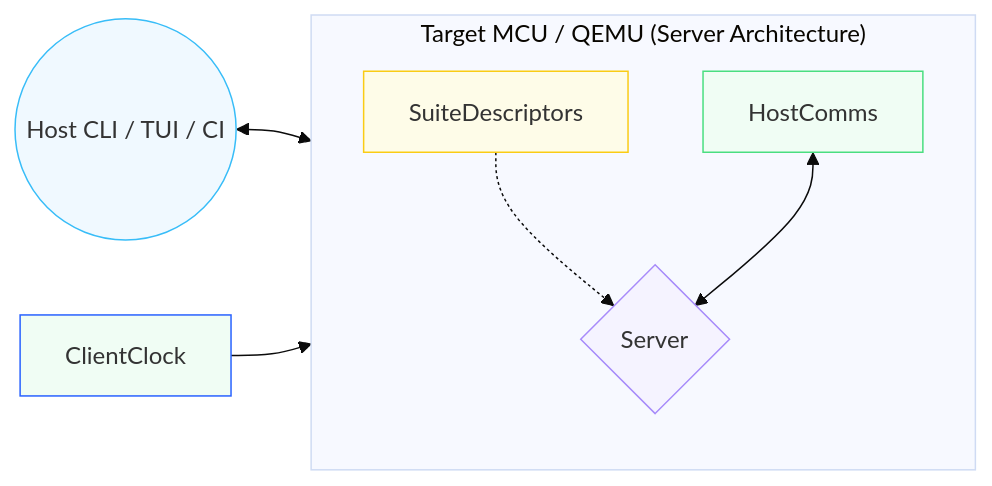
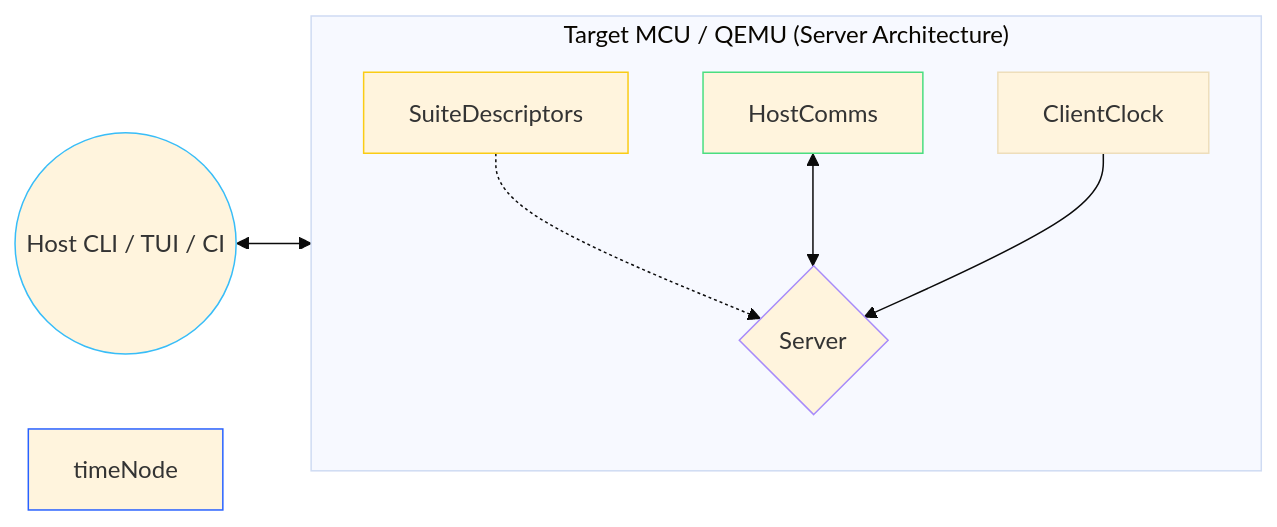
One commit to Dyse-Industries/control-rs changed the diagram in control-rs-hil/README.md. Above: the diagram before and after it, drawn with Mermaid (base theme).

Commit message:
clippy fixes

````diff
--- a/control-rs-hil/README.md
+++ b/control-rs-hil/README.md
@@ -17,29 +17,29 @@
 ```mermaid
 ---
 config:
   layout: fixed
 ---
 flowchart LR
  subgraph Target["Target MCU / QEMU (Server Architecture)"]
     direction TB
         CommsRx["HostComms"]
         Runner{"Server"}
         Tests["SuiteDescriptors"]
+        Clock["ClientClock"]
   end
     Tests -. <br> .-> Runner
     Host(("Host CLI / TUI / CI")) <--> CommsRx
     CommsRx <--> Runner
-    n1["ClientClock"] --> Runner
-
-    n1@{ shape: rect}
-     CommsRx:::serverNode
-     Runner:::eventLoop
+    Clock --> Runner
+    
+     CommsRx:::commsNode
+     Runner:::serverLoop
      Tests:::testNode
      Host:::hostNode
-     n1:::serverNode
-    classDef hostNode stroke:#38bdf8,fill:#f0f9ff
-    classDef serverNode stroke:#4ade80,fill:#f0fdf4
-    classDef eventLoop stroke:#a78bfa,fill:#f5f3ff
-    classDef testNode stroke:#facc15,fill:#fefce8
-    style n1 stroke:#2962FF
+     Clock:::timeNode
+    classDef hostNode stroke:#38bdf8
+    classDef commsNode stroke:#4ade80
+    classDef serverLoop stroke:#a78bfa
+    classDef testNode stroke:#facc15
+    style timeNode stroke:#2962FF
 ```
````
